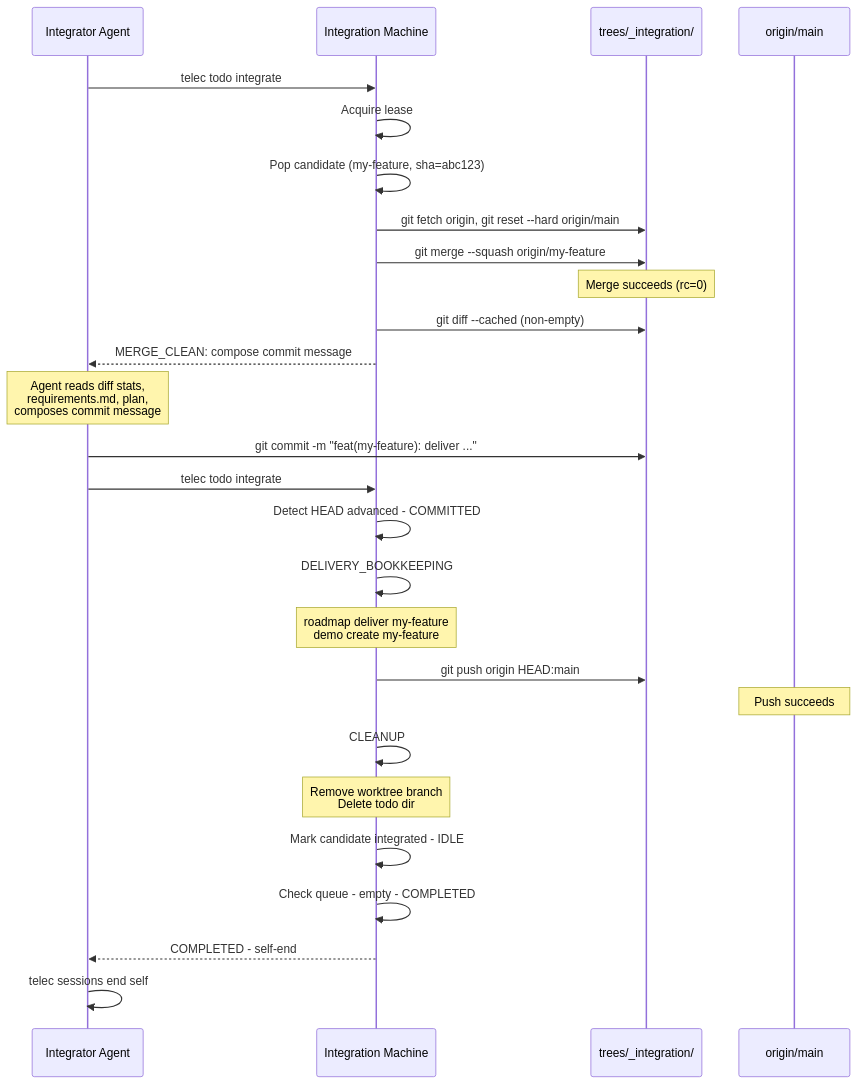
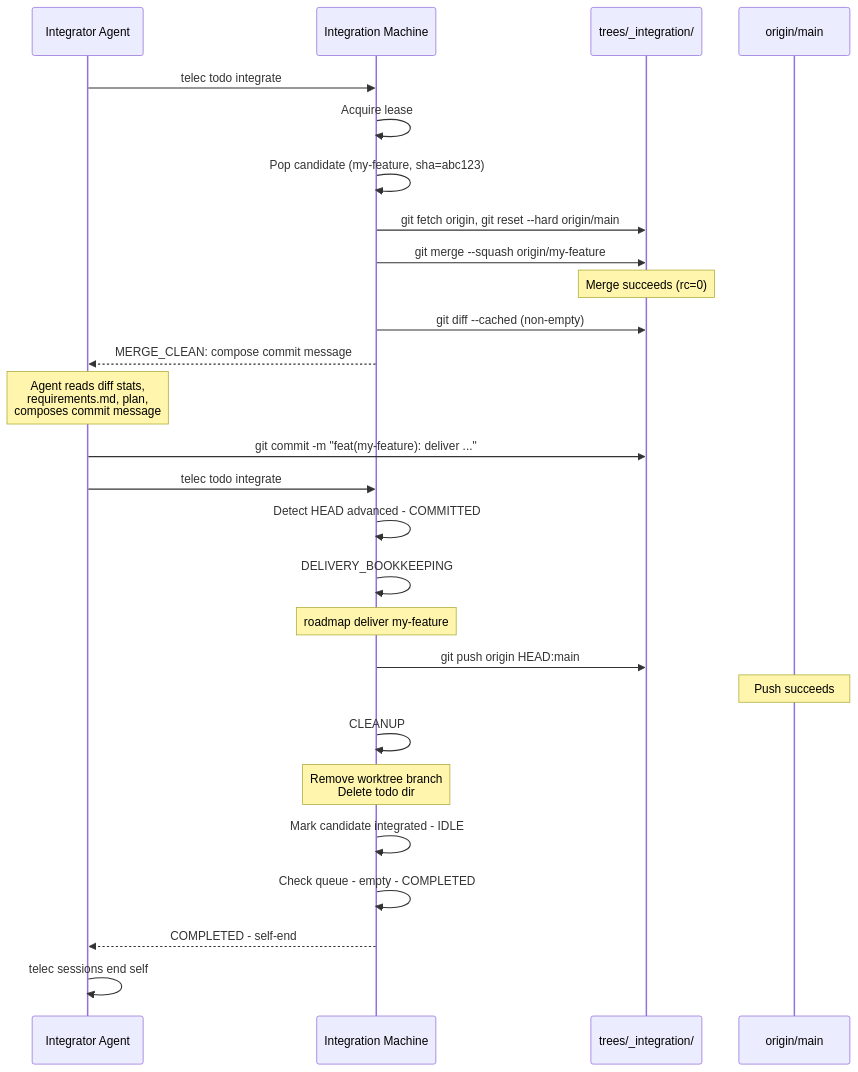
One commit to InstruktAI/TeleClaude changed the fourth of 12 diagrams in docs/project/design/architecture/integration-state-machine.md. Above: the diagram before and after it, drawn with Mermaid. The commit also changed other lines of this file and 49 other files, not shown here.

````diff
--- a/docs/project/design/architecture/integration-state-machine.md
+++ b/docs/project/design/architecture/integration-state-machine.md
@@ -258,33 +258,33 @@
 ```mermaid
 sequenceDiagram
     participant Agent as Integrator Agent
     participant SM as Integration Machine
     participant WT as trees/_integration/
     participant Origin as origin/main
 
     Agent->>SM: telec todo integrate
     SM->>SM: Acquire lease
     SM->>SM: Pop candidate (my-feature, sha=abc123)
     SM->>WT: git fetch origin, git reset --hard origin/main
     SM->>WT: git merge --squash origin/my-feature
     Note over WT: Merge succeeds (rc=0)
     SM->>WT: git diff --cached (non-empty)
     SM-->>Agent: MERGE_CLEAN: compose commit message
 
     Note over Agent: Agent reads diff stats,<br/>requirements.md, plan,<br/>composes commit message
     Agent->>WT: git commit -m "feat(my-feature): deliver ..."
     Agent->>SM: telec todo integrate
 
     SM->>SM: Detect HEAD advanced - COMMITTED
     SM->>SM: DELIVERY_BOOKKEEPING
-    Note over SM: roadmap deliver my-feature<br/>demo create my-feature
+    Note over SM: roadmap deliver my-feature
     SM->>WT: git push origin HEAD:main
     Note over Origin: Push succeeds
 
     SM->>SM: CLEANUP
     Note over SM: Remove worktree branch<br/>Delete todo dir
     SM->>SM: Mark candidate integrated - IDLE
     SM->>SM: Check queue - empty - COMPLETED
     SM-->>Agent: COMPLETED - self-end
     Agent->>Agent: telec sessions end self
 ```
````
